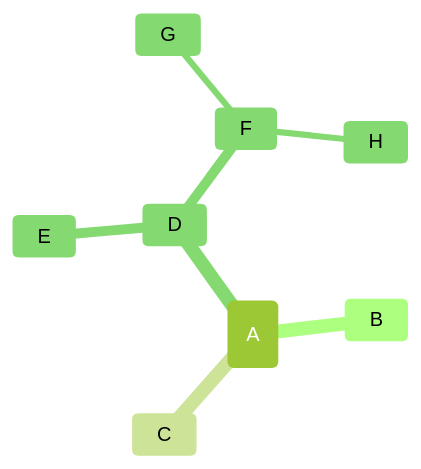
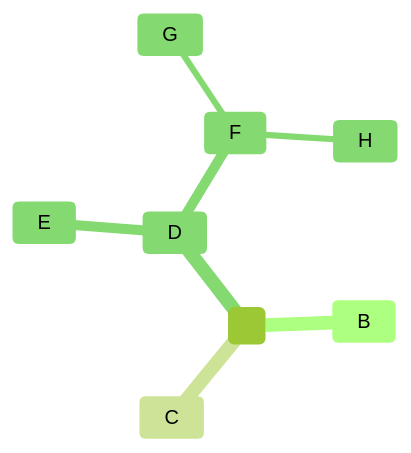
One commit to k-marx1/obsidian changed the second of 2 diagrams in Техническая термодинамика в химической технологии/shpora.md. Above: the diagram before and after it, drawn with Mermaid.

Commit message:
vault backup: 2025-12-21 18:02:11

````diff
--- a/Техническая термодинамика в химической технологии/shpora.md
+++ b/Техническая термодинамика в химической технологии/shpora.md
@@ -11,16 +11,16 @@
 ```mermaid
 ---
 config:
   theme: 'forest'
 ---
 mindmap
-root(A)
+root($$$$)
 	B
 	C
 	D
 		E
 		F
 			G
 			H
 
 ```
````
